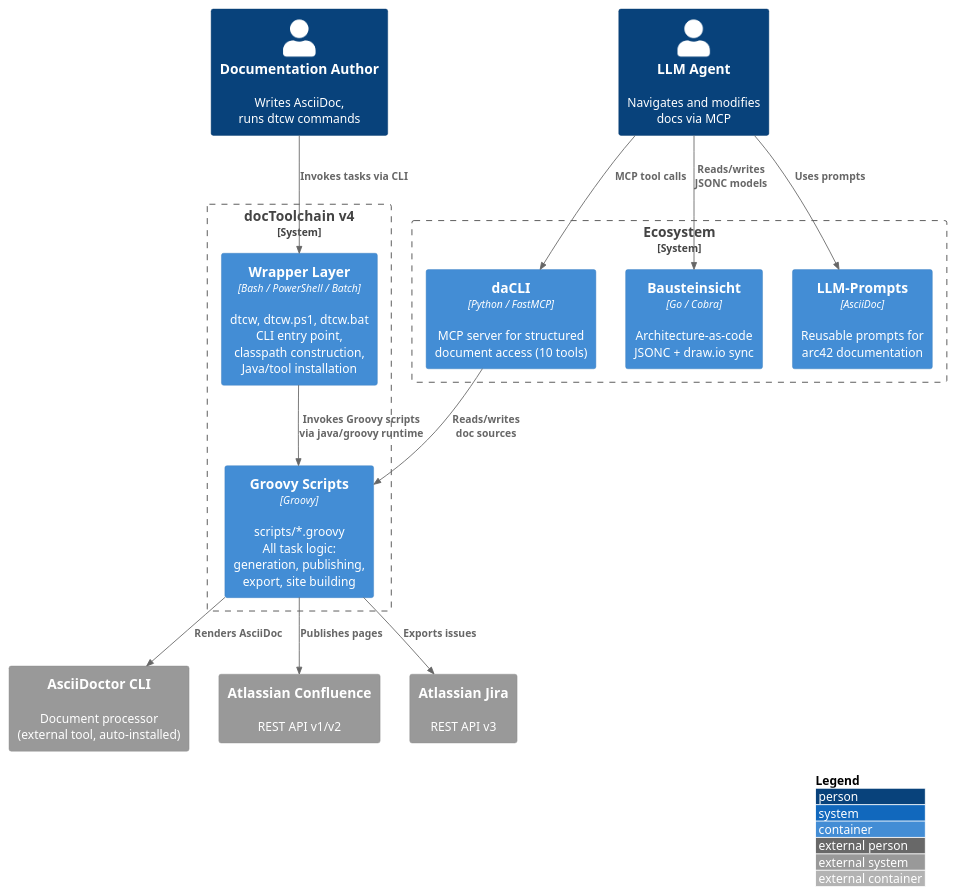
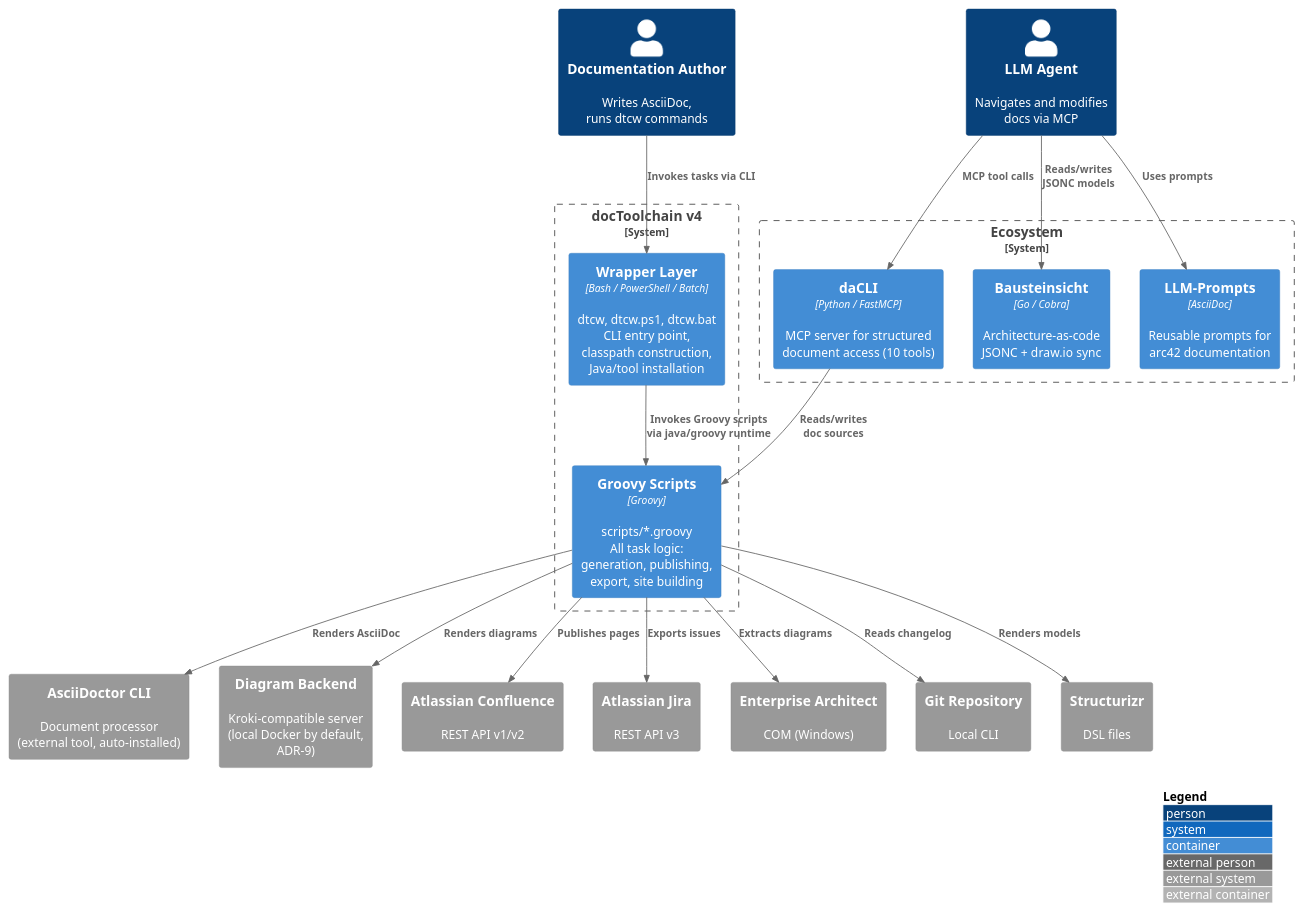
The first of 2 diagrams in src/docs/arc42/chapters/05_building_block_view.adoc (raifdmueller/docToolchain), drawn with PlantUML before and after one commit. The commit also changed other lines of this file and 21 other files, not shown here.

```diff
--- a/src/docs/arc42/chapters/05_building_block_view.adoc
+++ b/src/docs/arc42/chapters/05_building_block_view.adoc
@@ -23,37 +23,45 @@
 [plantuml,level1-container-v4,png]
 ----
 @startuml
 !include <C4/C4_Container>
 
 LAYOUT_WITH_LEGEND()
 
 Person(user, "Documentation Author", "Writes AsciiDoc,\nruns dtcw commands")
 Person(llm, "LLM Agent", "Navigates and modifies\ndocs via MCP")
 
 System_Boundary(dtc, "docToolchain v4") {
     Container(wrapper, "Wrapper Layer", "Bash / PowerShell / Batch", "dtcw, dtcw.ps1, dtcw.bat\nCLI entry point,\nclasspath construction,\nJava/tool installation")
     Container(scripts, "Groovy Scripts", "Groovy", "scripts/*.groovy\nAll task logic:\ngeneration, publishing,\nexport, site building")
 }
 
 System_Boundary(ecosystem, "Ecosystem") {
     Container(dacli, "daCLI", "Python / FastMCP", "MCP server for structured\ndocument access (10 tools)")
     Container(bausteinsicht, "Bausteinsicht", "Go / Cobra", "Architecture-as-code\nJSONC + draw.io sync")
     Container(prompts, "LLM-Prompts", "AsciiDoc", "Reusable prompts for\narc42 documentation")
 }
 
 System_Ext(asciidoctor, "AsciiDoctor CLI", "Document processor\n(external tool, auto-installed)")
+System_Ext(kroki, "Diagram Backend", "Kroki-compatible server\n(local Docker by default, ADR-9)")
 System_Ext(confluence, "Atlassian Confluence", "REST API v1/v2")
 System_Ext(jira, "Atlassian Jira", "REST API v3")
+System_Ext(ea, "Enterprise Architect", "COM (Windows)")
+System_Ext(git, "Git Repository", "Local CLI")
+System_Ext(structurizr, "Structurizr", "DSL files")
 
 Rel(user, wrapper, "Invokes tasks via CLI")
 Rel(wrapper, scripts, "Invokes Groovy scripts\nvia java/groovy runtime")
 Rel(scripts, asciidoctor, "Renders AsciiDoc")
+Rel(scripts, kroki, "Renders diagrams")
 Rel(scripts, confluence, "Publishes pages")
 Rel(scripts, jira, "Exports issues")
+Rel(scripts, ea, "Extracts diagrams")
+Rel(scripts, git, "Reads changelog")
+Rel(scripts, structurizr, "Renders models")
 
 Rel(llm, dacli, "MCP tool calls")
 Rel(dacli, scripts, "Reads/writes\ndoc sources")
 Rel(llm, bausteinsicht, "Reads/writes\nJSONC models")
 Rel(llm, prompts, "Uses prompts")
 @enduml
 ----
```
